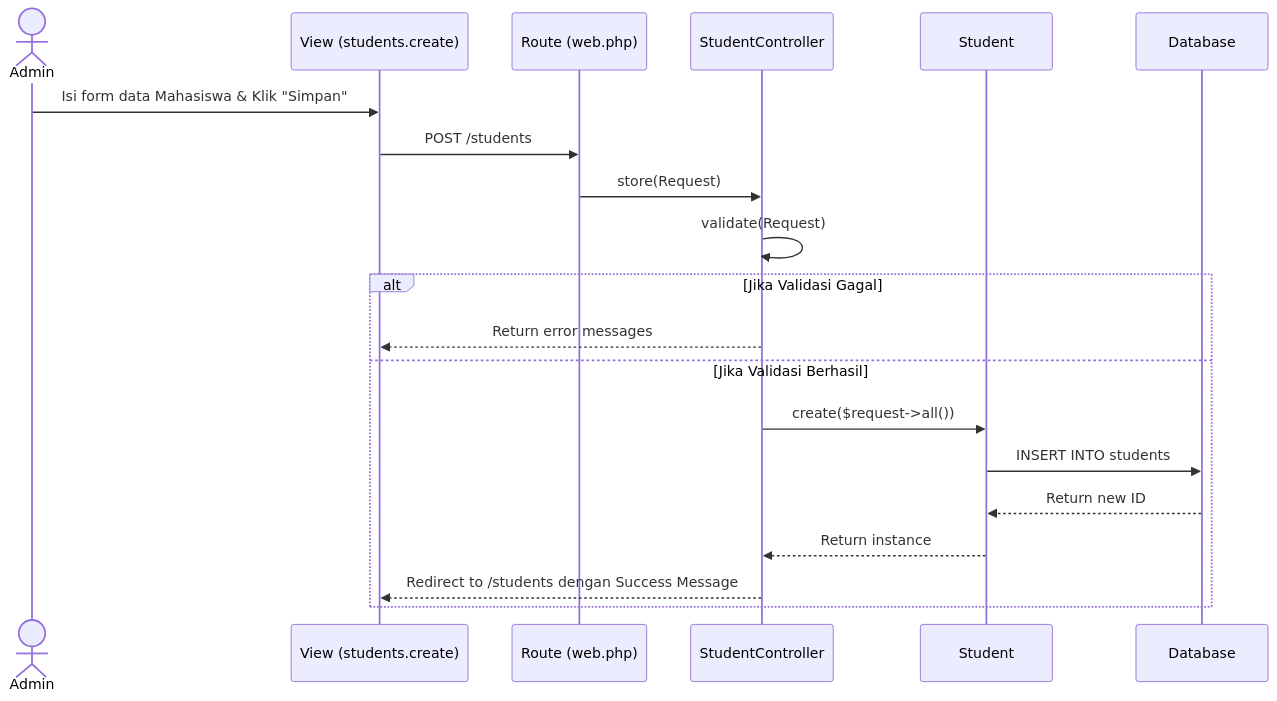
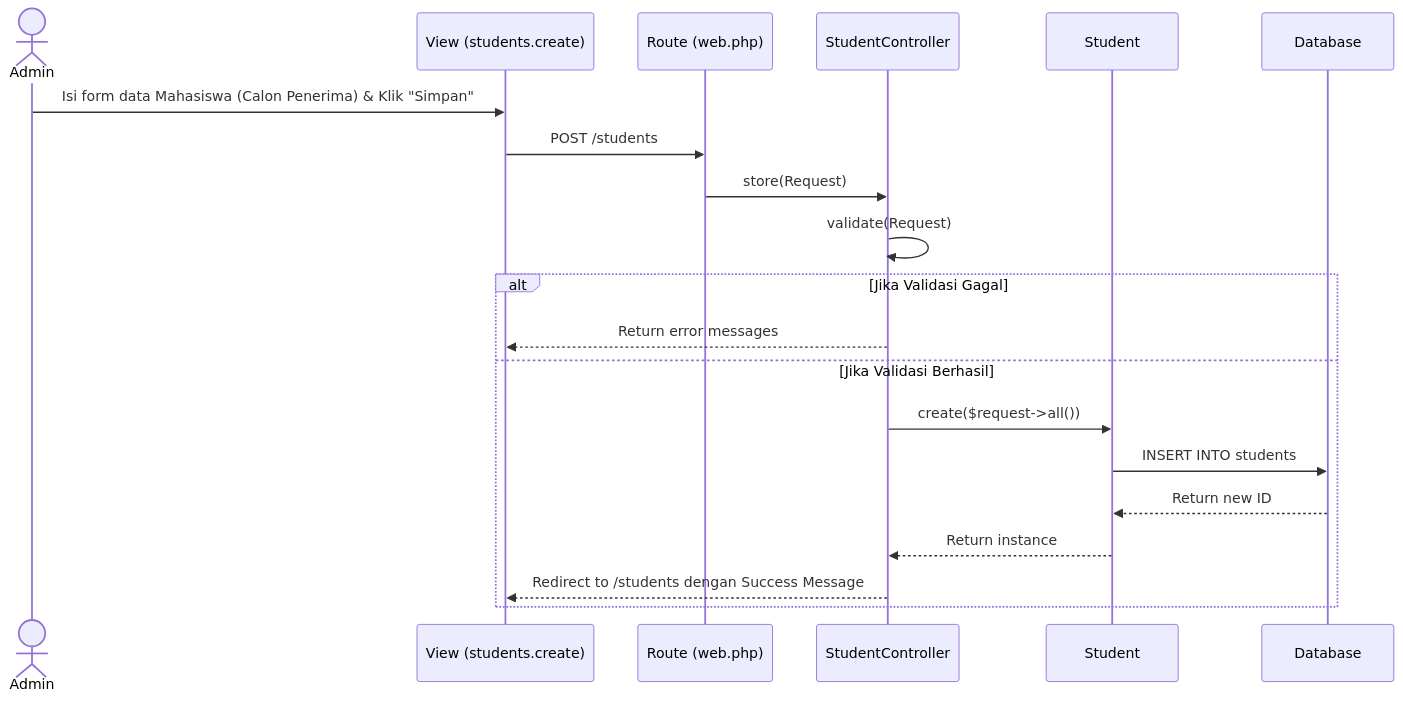
One commit to pujo698/tugas-spk changed the first of 3 diagrams in rancangan_sistem/sequence_diagram.md. Above: the diagram before and after it, drawn with Mermaid. The commit also changed other lines of this file and 15 other files, not shown here.

````diff
--- a/rancangan_sistem/sequence_diagram.md
+++ b/rancangan_sistem/sequence_diagram.md
@@ -9,24 +9,24 @@
 ```mermaid
 sequenceDiagram
     actor Admin
     participant View as View (students.create)
     participant Route as Route (web.php)
     participant Controller as StudentController
     participant Model as Student
     participant Database as Database
 
-    Admin->>View: Isi form data Mahasiswa & Klik "Simpan"
+    Admin->>View: Isi form data Mahasiswa (Calon Penerima) & Klik "Simpan"
     View->>Route: POST /students
     Route->>Controller: store(Request)
     Controller->>Controller: validate(Request)
 
     alt Jika Validasi Gagal
         Controller-->>View: Return error messages
     else Jika Validasi Berhasil
         Controller->>Model: create($request->all())
         Model->>Database: INSERT INTO students
         Database-->>Model: Return new ID
         Model-->>Controller: Return instance
         Controller-->>View: Redirect to /students dengan Success Message
     end
 ```
````
